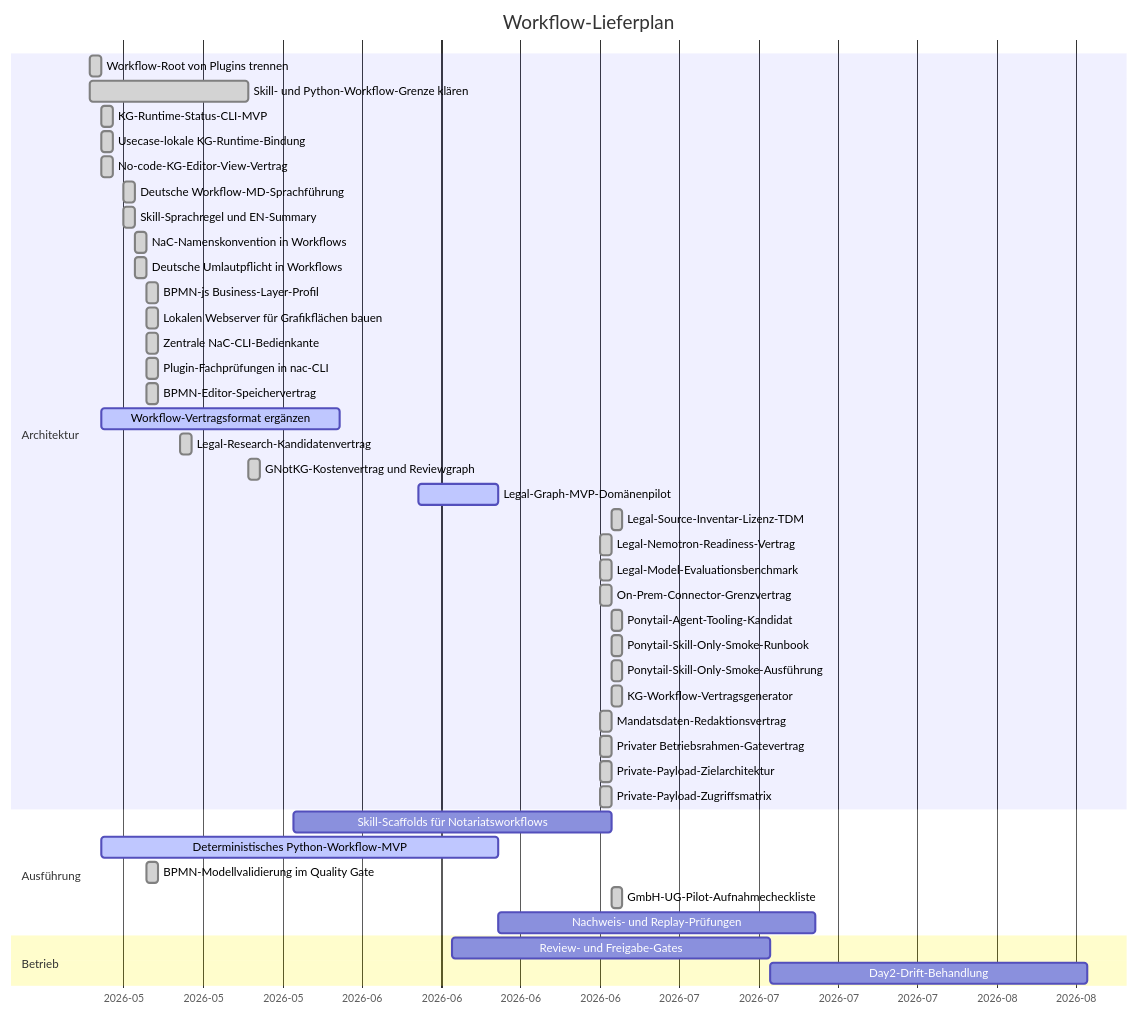
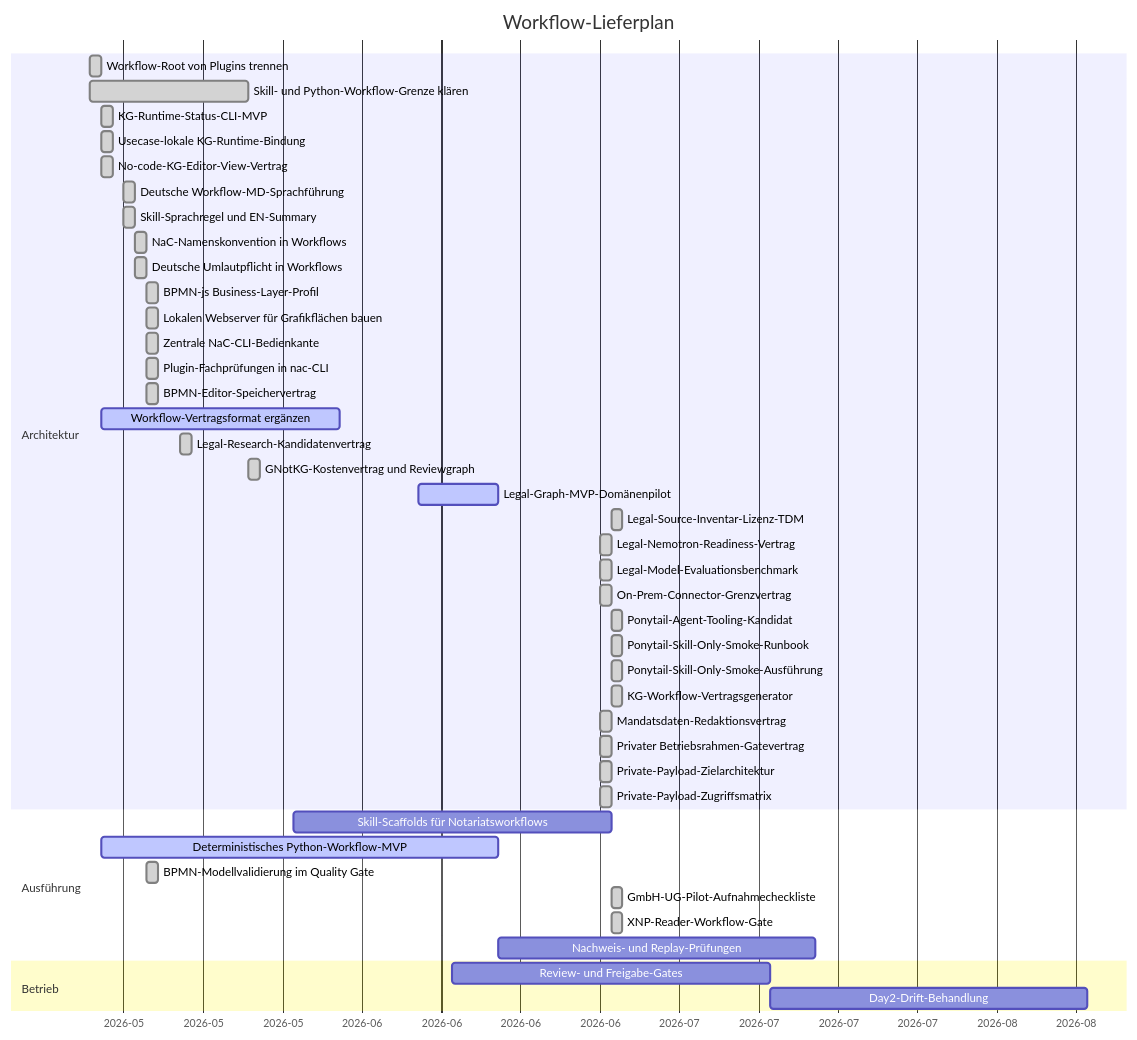
The diagram in workflows/GANTT.md (notariat8/NaC), drawn with Mermaid before and after one commit. The commit also changed other lines of this file and 12 other files, not shown here.

Commit message:
Add XNP reader workflow gate

````diff
--- a/workflows/GANTT.md
+++ b/workflows/GANTT.md
@@ -5,49 +5,50 @@
 ```mermaid
 gantt
     title Workflow-Lieferplan
     dateFormat  YYYY-MM-DD
     axisFormat  %Y-%m
 
     section Architektur
     Workflow-Root von Plugins trennen          :done,   w1, 2026-05-14, 1d
     Skill- und Python-Workflow-Grenze klären  :done,   w2, 2026-05-14, 14d
     KG-Runtime-Status-CLI-MVP                  :done,   w3, 2026-05-15, 1d
     Usecase-lokale KG-Runtime-Bindung          :done,   w3a, 2026-05-15, 1d
     No-code-KG-Editor-View-Vertrag             :done,   w4a, 2026-05-15, 1d
     Deutsche Workflow-MD-Sprachführung        :done,   w4b, 2026-05-17, 1d
     Skill-Sprachregel und EN-Summary            :done,   w4c, 2026-05-17, 1d
     NaC-Namenskonvention in Workflows           :done,   w4d, 2026-05-18, 1d
     Deutsche Umlautpflicht in Workflows         :done,   w4e, 2026-05-18, 1d
     BPMN-js Business-Layer-Profil               :done,   w4f, 2026-05-19, 1d
     Lokalen Webserver für Grafikflächen bauen  :done,   w4g, 2026-05-19, 1d
     Zentrale NaC-CLI-Bedienkante                :done,   w4h, 2026-05-19, 1d
     Plugin-Fachprüfungen in nac-CLI             :done,   w4i, 2026-05-19, 1d
     BPMN-Editor-Speichervertrag                 :done,   w4j, 2026-05-19, 1d
     Workflow-Vertragsformat ergänzen          :active, w4, 2026-05-15, 21d
     Legal-Research-Kandidatenvertrag           :done,   w4k, 2026-05-22, 1d
     GNotKG-Kostenvertrag und Reviewgraph        :done,   w4l, 2026-05-28, 1d
     Legal-Graph-MVP-Domänenpilot              :active, w4m, 2026-06-12, 7d
     Legal-Source-Inventar-Lizenz-TDM           :done,   w4u, 2026-06-29, 1d
     Legal-Nemotron-Readiness-Vertrag            :done,   w4s, 2026-06-28, 1d
     Legal-Model-Evaluationsbenchmark           :done,   w4t, 2026-06-28, 1d
     On-Prem-Connector-Grenzvertrag            :done,   w4n, 2026-06-28, 1d
     Ponytail-Agent-Tooling-Kandidat            :done,   w4v, 2026-06-29, 1d
     Ponytail-Skill-Only-Smoke-Runbook          :done,   w4w, 2026-06-29, 1d
     Ponytail-Skill-Only-Smoke-Ausführung       :done,   w4x, 2026-06-29, 1d
     KG-Workflow-Vertragsgenerator              :done,   w4y, 2026-06-29, 1d
     Mandatsdaten-Redaktionsvertrag             :done,   w4o, 2026-06-28, 1d
     Privater Betriebsrahmen-Gatevertrag        :done,   w4p, 2026-06-28, 1d
     Private-Payload-Zielarchitektur            :done,   w4q, 2026-06-28, 1d
     Private-Payload-Zugriffsmatrix             :done,   w4r, 2026-06-28, 1d
 
     section Ausführung
     Skill-Scaffolds für Notariatsworkflows    :        w5, 2026-06-01, 28d
     Deterministisches Python-Workflow-MVP      :active, w6, 2026-05-15, 35d
     BPMN-Modellvalidierung im Quality Gate      :done,   w6a, 2026-05-19, 1d
     GmbH-UG-Pilot-Aufnahmecheckliste           :done,   w6b, 2026-06-29, 1d
+    XNP-Reader-Workflow-Gate                   :done,   w6c, 2026-06-29, 1d
     Nachweis- und Replay-Prüfungen            :        w7, after w6, 28d
 
     section Betrieb
     Review- und Freigabe-Gates                 :        w8, 2026-06-15, 28d
     Day2-Drift-Behandlung                      :        w9, after w8, 28d
 ```
````
